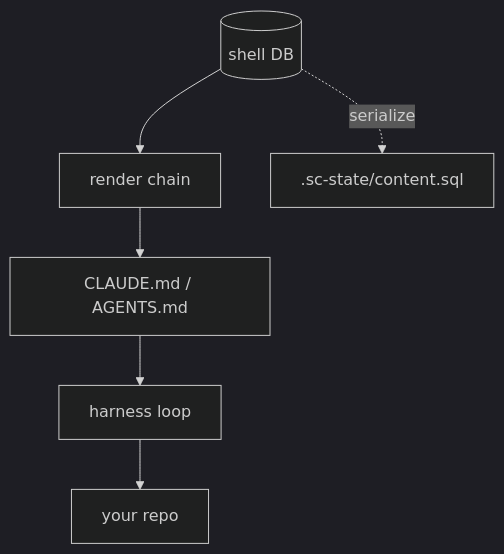
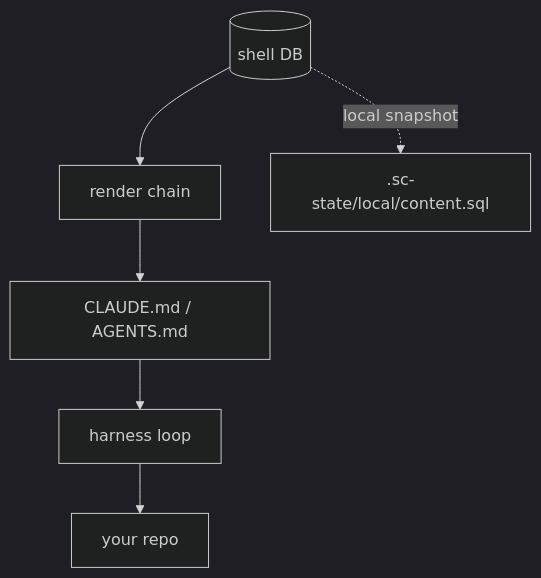
One commit to jedbjorn/subfloor changed the diagram in README.md. Above: the diagram before and after it, drawn with Mermaid (dark theme). The commit also changed 47 other files, not shown here.

````diff
--- a/README.md
+++ b/README.md
@@ -117,8 +117,8 @@
 ```mermaid
 graph TD
   DB[(shell DB)]:::class1 --> REN[render chain]:::class2
   REN --> BOOT[CLAUDE.md / AGENTS.md]:::class2
   BOOT --> H[harness loop]:::class3
   H --> REPO[your repo]:::class4
-  DB -.serialize.-> SQL[.sc-state/content.sql]:::class2
+  DB -.local snapshot.-> SQL[.sc-state/local/content.sql]:::class2
 ```
````
